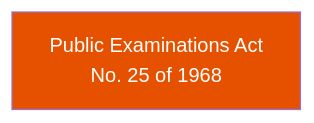
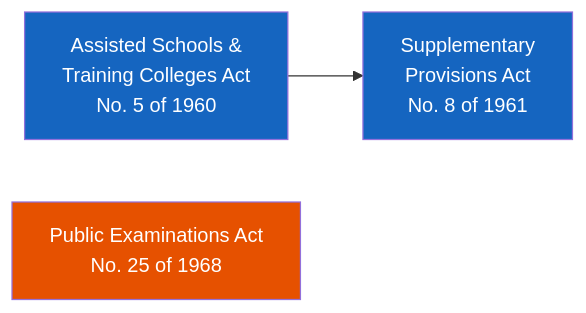
One commit to LDFLK/research changed the diagram in docs/docs/ministry-deep-dive/education/act-lineage/index.md. Above: the diagram before and after it, drawn with Mermaid. The commit also changed other lines of this file and 7 other files, not shown here.

First line of the commit message:
feat: add Assisted Schools & Training Colleges Act deep dive (Education Ministry)

````diff
--- a/docs/docs/ministry-deep-dive/education/act-lineage/index.md
+++ b/docs/docs/ministry-deep-dive/education/act-lineage/index.md
@@ -12,8 +12,13 @@
 ```mermaid
 flowchart LR
+    ASA["Assisted Schools &<br/>Training Colleges Act<br/>No. 5 of 1960"] --> SUP["Supplementary<br/>Provisions Act<br/>No. 8 of 1961"]
     PEA["Public Examinations Act<br/>No. 25 of 1968"]
 
+    click ASA "https://www.lawnet.gov.lk/wp-content/uploads/Law%20Site/4-stats_1956_2006/set1/1960Y0V0C5A.html" "View Act (LawNet)" _blank
+    click SUP "https://www.lawnet.gov.lk/wp-content/uploads/Law%20Site/4-stats_1956_2006/set1/1961Y0V0C8A.html" "View Act (LawNet)" _blank
     click PEA "https://www.srilankalaw.lk/revised-statutes/volume-vi/965-public-examinations-act.html" "View Act (srilankalaw.lk)" _blank
 
+    style ASA fill:#1565C0,color:#fff
+    style SUP fill:#1565C0,color:#fff
     style PEA fill:#E65100,color:#fff
 ```
````
